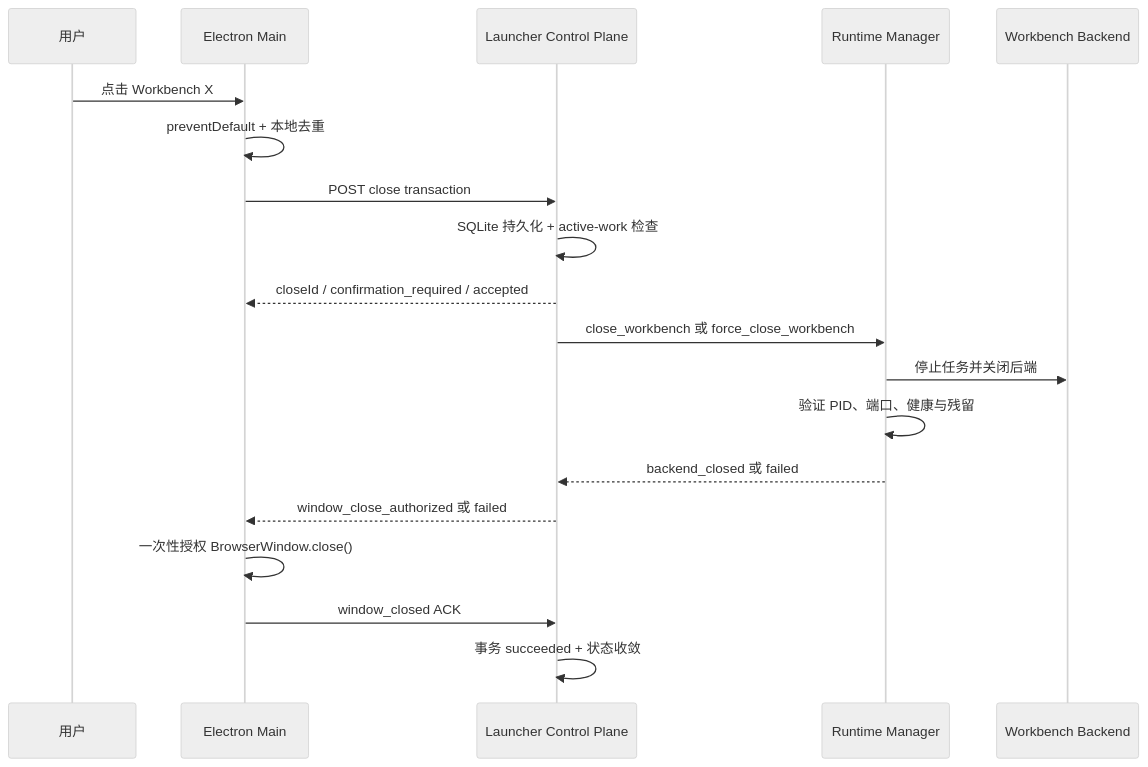
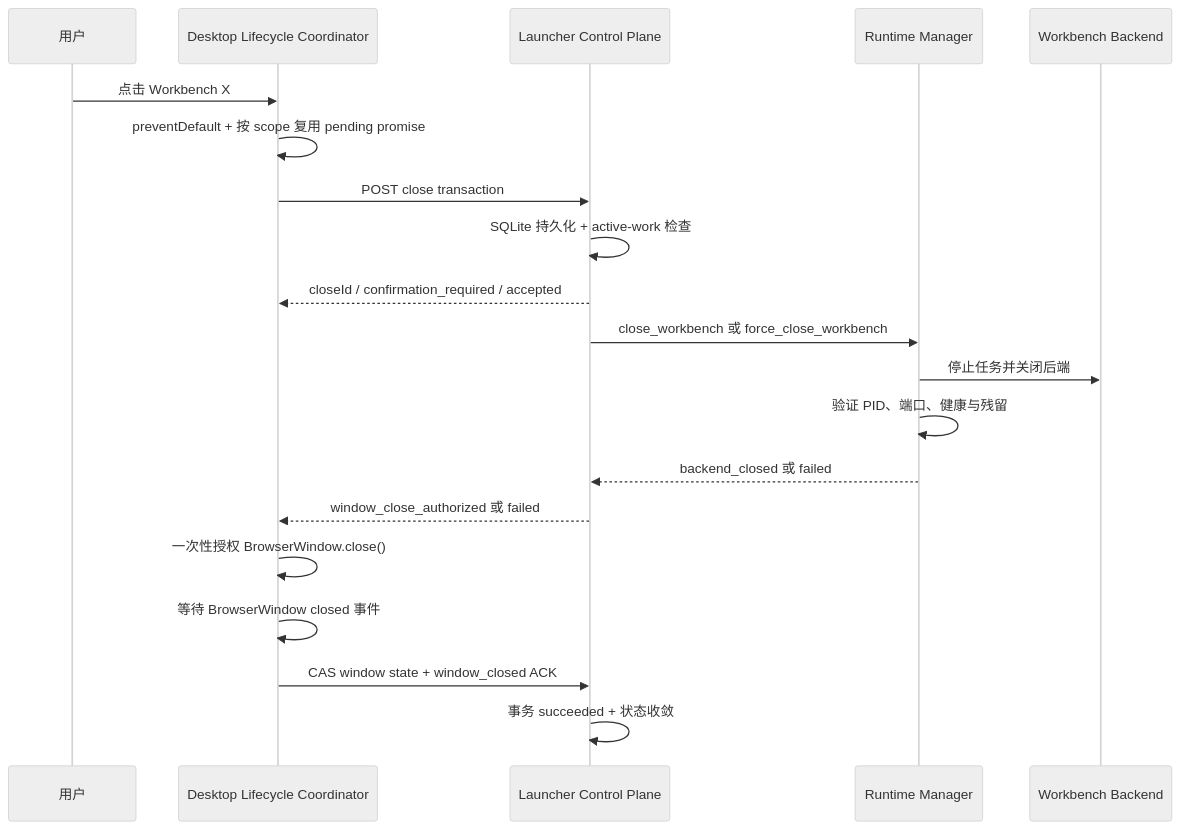
The diagram in docs/archive/plans/2026-08-10/electron-workbench-transactional-close-plan.md (CCDawn/Vibelution), drawn with Mermaid (neutral theme) before and after one commit. The commit also changed other lines of this file, not shown here.

Commit message:
docs(plan): harden Electron close lifecycle

````diff
--- a/docs/archive/plans/2026-08-10/electron-workbench-transactional-close-plan.md
+++ b/docs/archive/plans/2026-08-10/electron-workbench-transactional-close-plan.md
@@ -78,22 +97,23 @@
 ```mermaid
 sequenceDiagram
     participant U as 用户
-    participant E as Electron Main
+    participant E as Desktop Lifecycle Coordinator
     participant L as Launcher Control Plane
     participant R as Runtime Manager
     participant B as Workbench Backend
 
     U->>E: 点击 Workbench X
-    E->>E: preventDefault + 本地去重
+    E->>E: preventDefault + 按 scope 复用 pending promise
     E->>L: POST close transaction
     L->>L: SQLite 持久化 + active-work 检查
     L-->>E: closeId / confirmation_required / accepted
     L->>R: close_workbench 或 force_close_workbench
     R->>B: 停止任务并关闭后端
     R->>R: 验证 PID、端口、健康与残留
     R-->>L: backend_closed 或 failed
     L-->>E: window_close_authorized 或 failed
     E->>E: 一次性授权 BrowserWindow.close()
-    E->>L: window_closed ACK
+    E->>E: 等待 BrowserWindow closed 事件
+    E->>L: CAS window state + window_closed ACK
     L->>L: 事务 succeeded + 状态收敛
 ```
````
